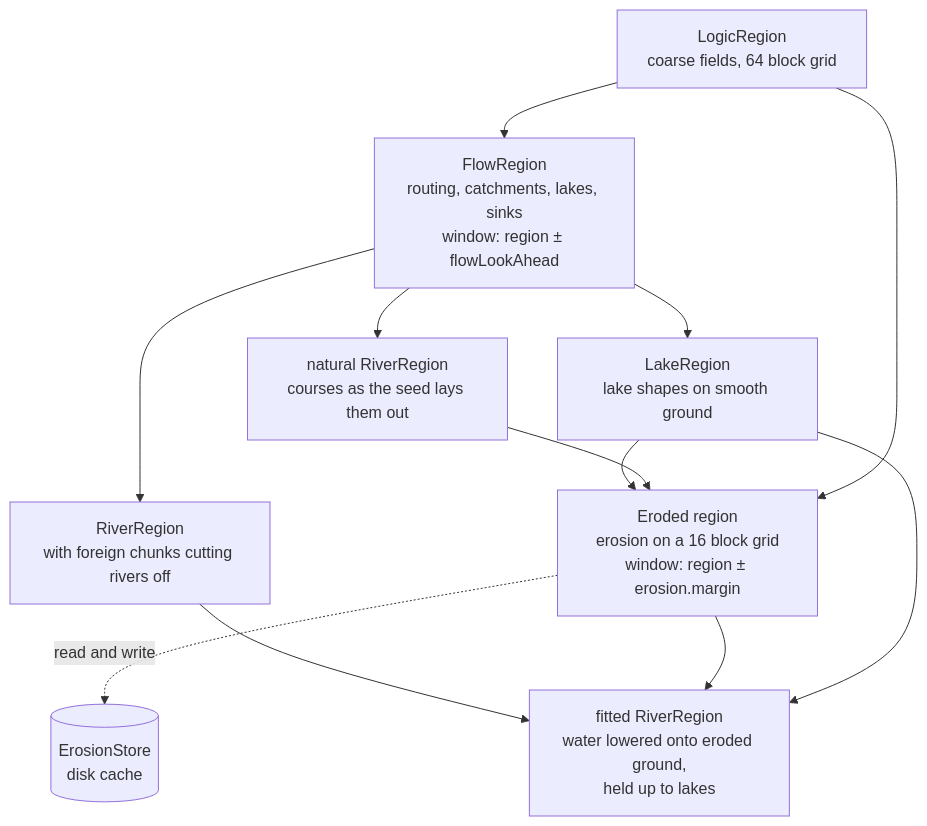
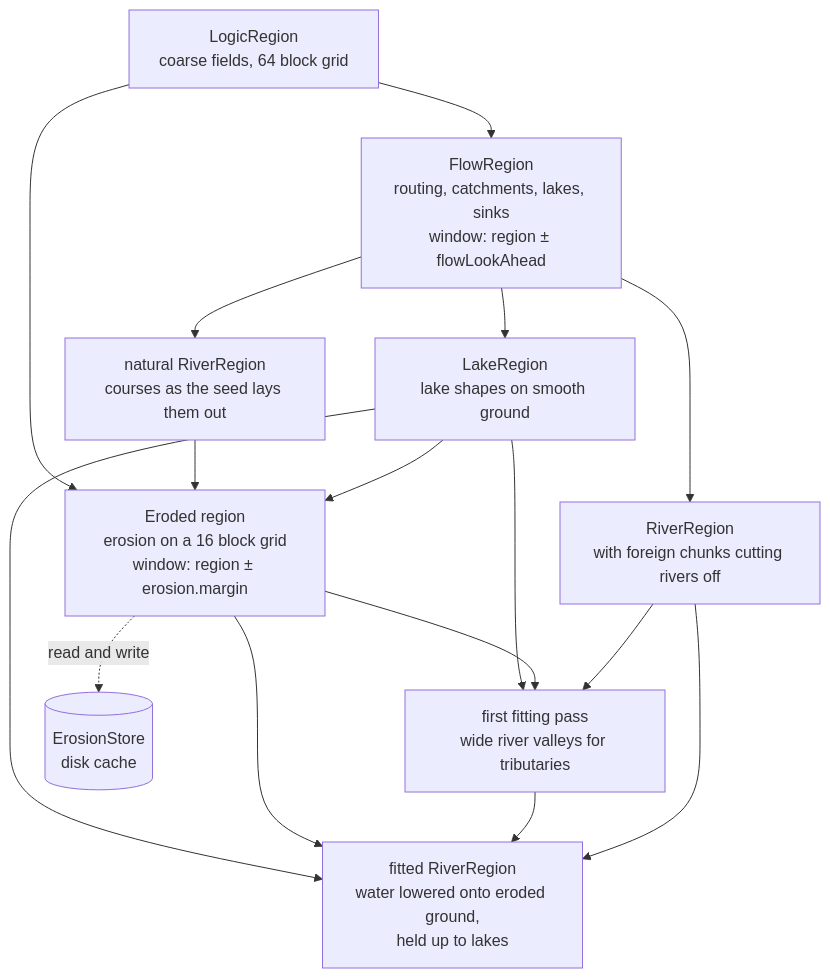
The third of 11 diagrams in docs/architecture.md (MitsuhaQuQ/MTM_worldGen), drawn with Mermaid before and after one commit. The commit also changed other lines of this file and 17 other files, not shown here.

````diff
--- a/docs/architecture.md
+++ b/docs/architecture.md
@@ -178,22 +179,27 @@
 ```mermaid
 flowchart TD
     LR["LogicRegion<br/>coarse fields, 64 block grid"]
     FR["FlowRegion<br/>routing, catchments, lakes, sinks<br/>window: region ± flowLookAhead"]
     LK["LakeRegion<br/>lake shapes on smooth ground"]
     NR["natural RiverRegion<br/>courses as the seed lays them out"]
     RR["RiverRegion<br/>with foreign chunks cutting rivers off"]
     ER["Eroded region<br/>erosion on a 16 block grid<br/>window: region ± erosion.margin"]
     FT["fitted RiverRegion<br/>water lowered onto eroded ground,<br/>held up to lakes"]
+    VF["first fitting pass<br/>wide river valleys for tributaries"]
     DISK[("ErosionStore<br/>disk cache")]
     LR --> FR
     FR --> LK
     FR --> NR
     FR --> RR
     LK --> ER
     NR --> ER
     LR --> ER
     ER -. read and write .-> DISK
     RR --> FT
+    RR --> VF
+    ER --> VF
+    LK --> VF
+    VF --> FT
     ER --> FT
     LK --> FT
 ```
````
